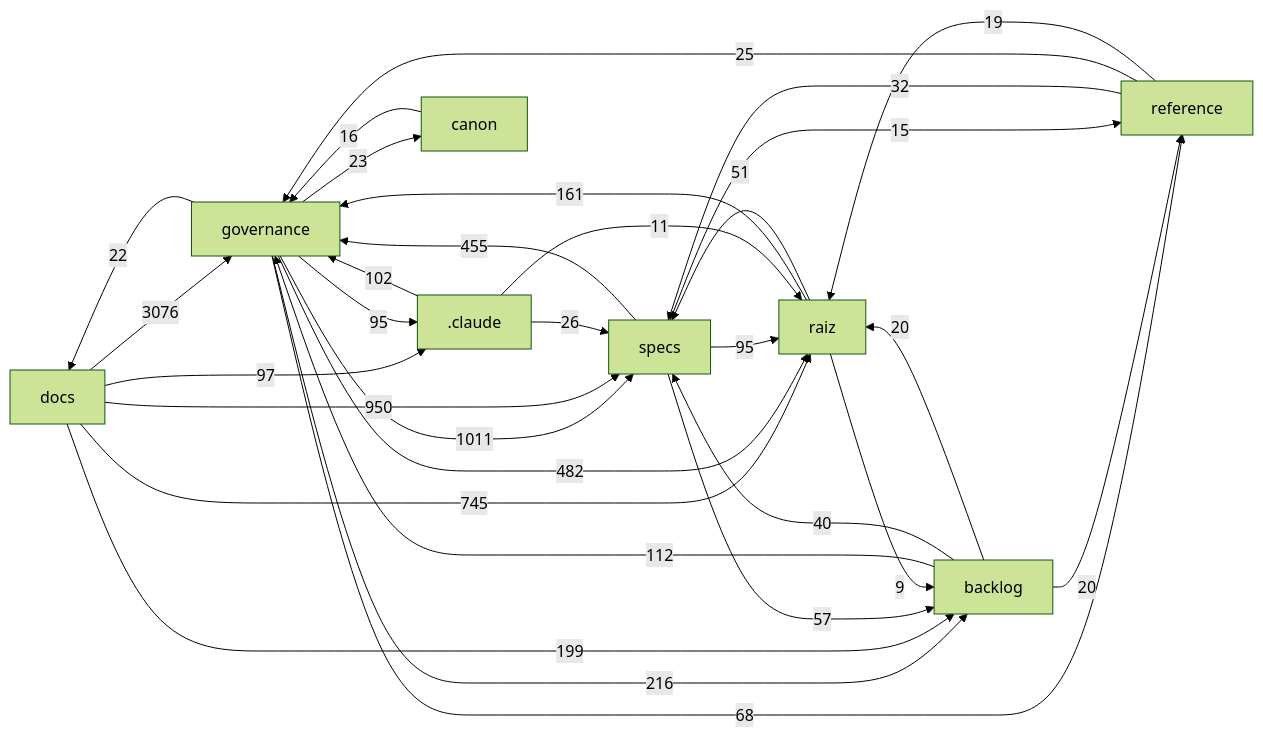
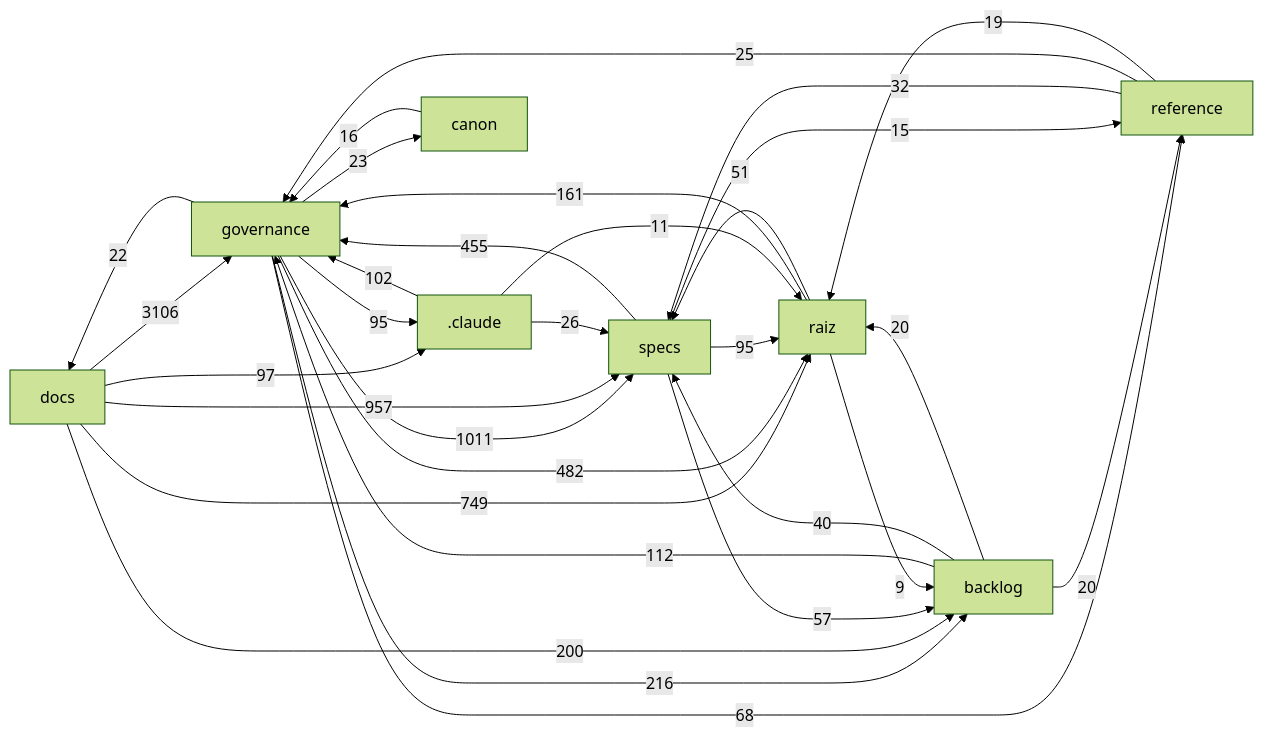
The diagram in docs/mapa/MAPA-PROJETO.md (Andraus35/Sistema-Operacional-de-Trading--SOT), drawn with Mermaid (forest theme) before and after one commit. The commit also changed other lines of this file and 4 other files, not shown here.

````diff
--- a/docs/mapa/MAPA-PROJETO.md
+++ b/docs/mapa/MAPA-PROJETO.md
@@ -29,33 +29,33 @@
 ```mermaid
 flowchart LR
-  docs["docs"] -->|3076| governance["governance"]
+  docs["docs"] -->|3106| governance["governance"]
   governance["governance"] -->|1011| specs["specs"]
-  docs["docs"] -->|950| specs["specs"]
-  docs["docs"] -->|745| raiz["raiz"]
+  docs["docs"] -->|957| specs["specs"]
+  docs["docs"] -->|749| raiz["raiz"]
   governance["governance"] -->|482| raiz["raiz"]
   specs["specs"] -->|455| governance["governance"]
   governance["governance"] -->|216| backlog["backlog"]
-  docs["docs"] -->|199| backlog["backlog"]
+  docs["docs"] -->|200| backlog["backlog"]
   raiz["raiz"] -->|161| governance["governance"]
   backlog["backlog"] -->|112| governance["governance"]
   _claude[".claude"] -->|102| governance["governance"]
   docs["docs"] -->|97| _claude[".claude"]
   governance["governance"] -->|95| _claude[".claude"]
   specs["specs"] -->|95| raiz["raiz"]
   governance["governance"] -->|68| reference["reference"]
   specs["specs"] -->|57| backlog["backlog"]
   raiz["raiz"] -->|51| specs["specs"]
   backlog["backlog"] -->|40| specs["specs"]
   reference["reference"] -->|32| specs["specs"]
   _claude[".claude"] -->|26| specs["specs"]
   reference["reference"] -->|25| governance["governance"]
   governance["governance"] -->|23| canon["canon"]
   governance["governance"] -->|22| docs["docs"]
   backlog["backlog"] -->|20| raiz["raiz"]
   backlog["backlog"] -->|20| reference["reference"]
   reference["reference"] -->|19| raiz["raiz"]
   canon["canon"] -->|16| governance["governance"]
   specs["specs"] -->|15| reference["reference"]
   _claude[".claude"] -->|11| raiz["raiz"]
   raiz["raiz"] -->|9| backlog["backlog"]
 ```
````
